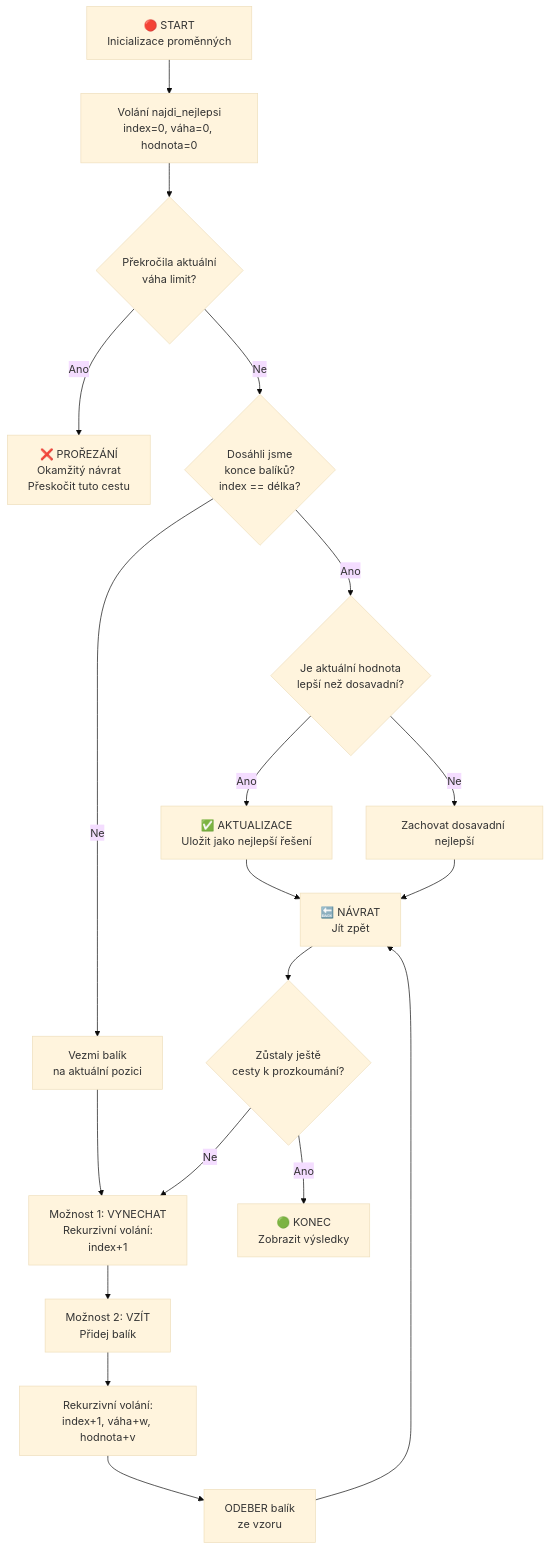
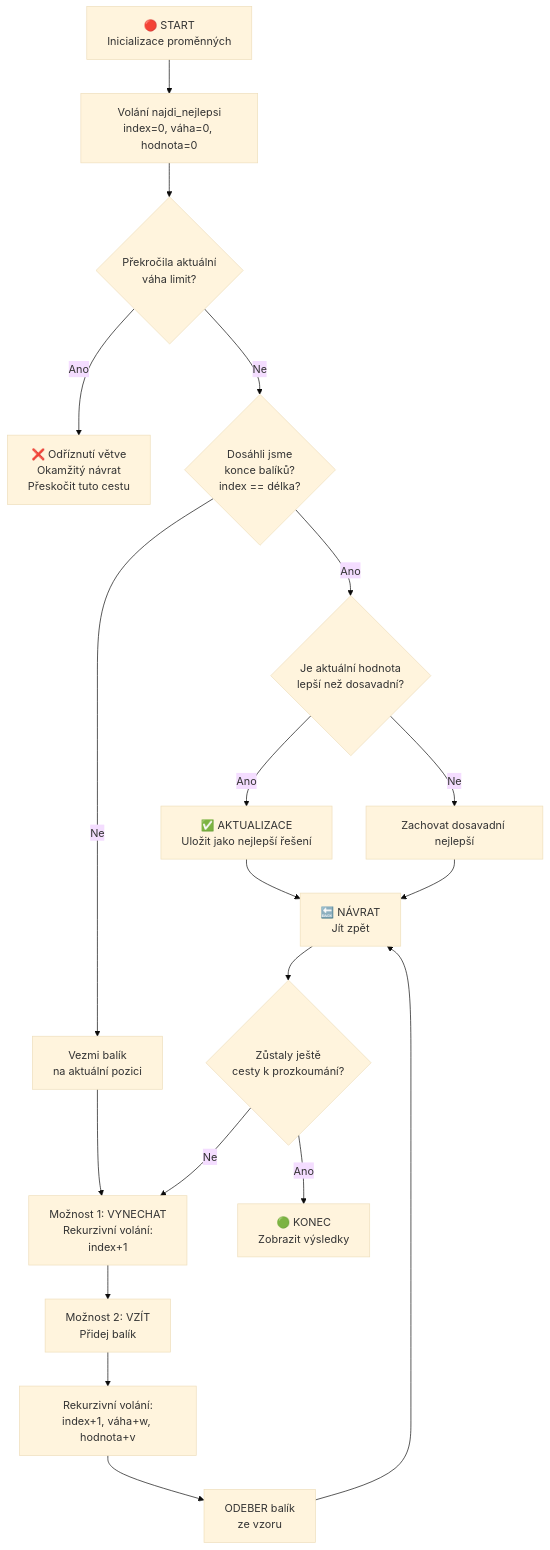
The diagram in readme.md (Morik5/teoreticka), drawn with Mermaid (base theme) before and after one commit. The commit also changed other lines of this file, not shown here.

````diff
--- a/readme.md
+++ b/readme.md
@@ -10,21 +5,21 @@
 ```mermaid
 graph TD
     A["🔴 START<br/>Inicializace proměnných"] --> B["Volání najdi_nejlepsi<br/>index=0, váha=0, hodnota=0"]
     B --> C{"Překročila aktuální<br/>váha limit?"}
-    C -->|Ano| D["❌ PROŘEZÁNÍ<br/>Okamžitý návrat<br/>Přeskočit tuto cestu"]
+    C -->|Ano| D["❌ Odříznutí větve<br/>Okamžitý návrat<br/>Přeskočit tuto cestu"]
     C -->|Ne| E{"Dosáhli jsme<br/>konce balíků?<br/>index == délka?"}
     E -->|Ano| F{"Je aktuální hodnota<br/>lepší než dosavadní?"}
     F -->|Ano| G["✅ AKTUALIZACE<br/>Uložit jako nejlepší řešení"]
     F -->|Ne| H["Zachovat dosavadní nejlepší"]
     G --> I["🔙 NÁVRAT<br/>Jít zpět"]
     H --> I
     E -->|Ne| J["Vezmi balík<br/>na aktuální pozici"]
     J --> K["Možnost 1: VYNECHAT<br/>Rekurzivní volání:<br/>index+1"]
     K --> L["Možnost 2: VZÍT<br/>Přidej balík"]
     L --> M["Rekurzivní volání:<br/>index+1, váha+w, hodnota+v"]
     M --> N["ODEBER balík<br/>ze vzoru"]
     N --> I
     I --> O{"Zůstaly ještě<br/>cesty k prozkoumání?"}
     O -->|Ne| K
     O -->|Ano| P["🟢 KONEC<br/>Zobrazit výsledky"]
 ```
````
